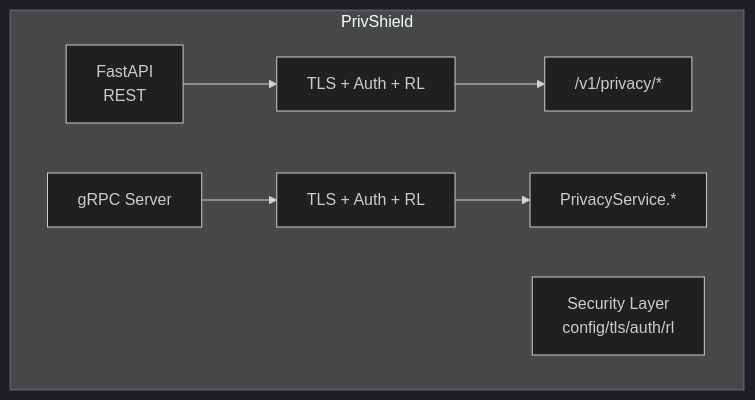
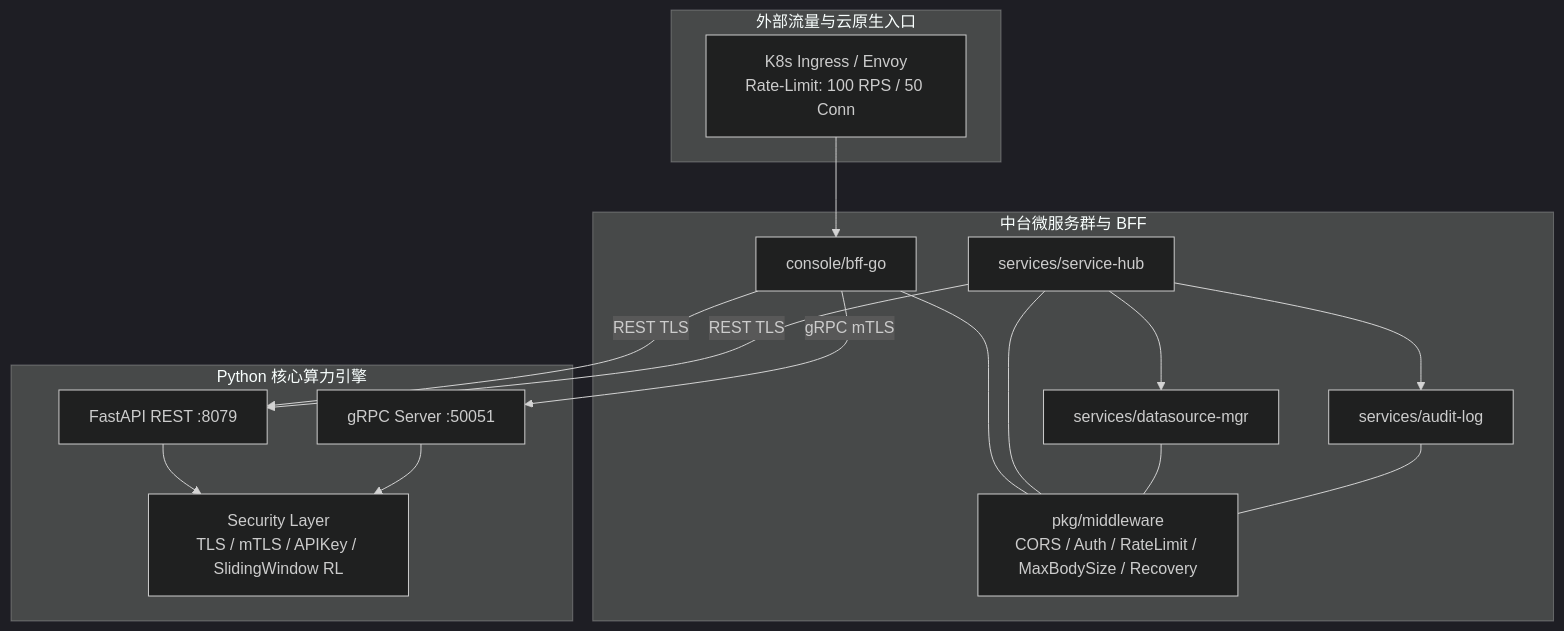
Before and after one commit to fengzhizi319/PrivShield: the first of 4 diagrams in docs/production_security/design.md, drawn with Mermaid (dark theme). The commit also changed other lines of this file and 4 other files, not shown here.

Commit message:
docs: update production_security SDLC documents with anti-DDoS, LFI sandbox, and latest audit items

````diff
--- a/docs/production_security/design.md
+++ b/docs/production_security/design.md
@@ -69,12 +76,28 @@
 ```mermaid
 graph TD
-    subgraph PrivShield
-        REST[FastAPI<br/>REST]
-        GRPC[gRPC Server]
-        SEC[Security Layer<br/>config/tls/auth/rl]
-        REST --> TLS1[TLS + Auth + RL]
-        GRPC --> TLS2[TLS + Auth + RL]
-        TLS1 --> R1["/v1/privacy/*"]
-        TLS2 --> R2["PrivacyService.*"]
+    subgraph ClientAndIngress [外部流量与云原生入口]
+        Ingress[K8s Ingress / Envoy<br/>Rate-Limit: 100 RPS / 50 Conn]
     end
+
+    subgraph GoMicroservices [中台微服务群与 BFF]
+        BFF[console/bff-go]
+        Hub[services/service-hub]
+        DS[services/datasource-mgr]
+        Audit[services/audit-log]
+        PkgSec[pkg/middleware<br/>CORS / Auth / RateLimit / MaxBodySize / Recovery]
+        BFF & Hub & DS & Audit --- PkgSec
+    end
+
+    subgraph EngineSecurity [Python 核心算力引擎]
+        REST[FastAPI REST :8079]
+        GRPC[gRPC Server :50051]
+        SEC[Security Layer<br/>TLS / mTLS / APIKey / SlidingWindow RL]
+        REST --> SEC
+        GRPC --> SEC
+    end
+
+    Ingress --> BFF
+    BFF -->|gRPC mTLS| GRPC
+    BFF & Hub -->|REST TLS| REST
+    Hub --> DS & Audit
 ```
````
